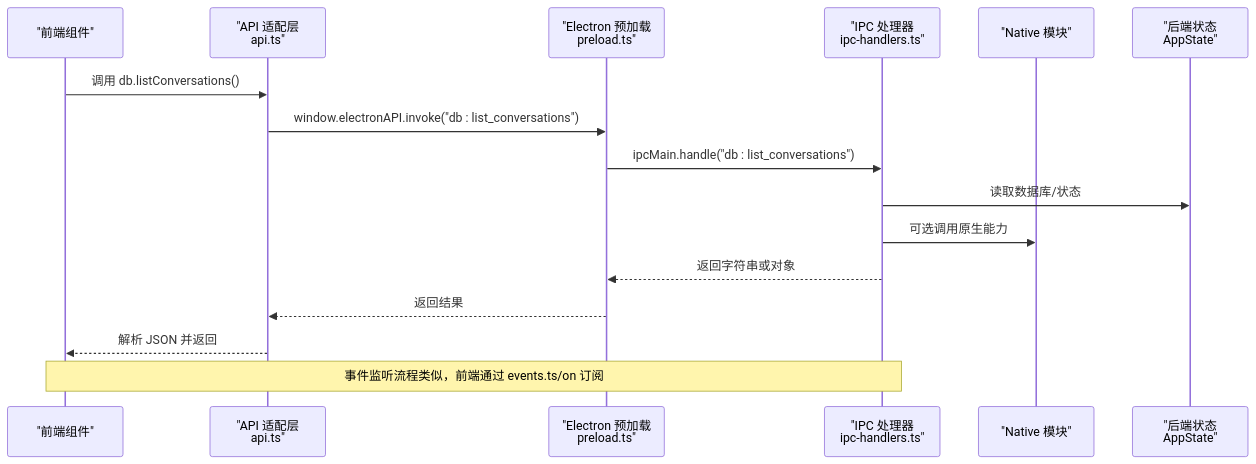
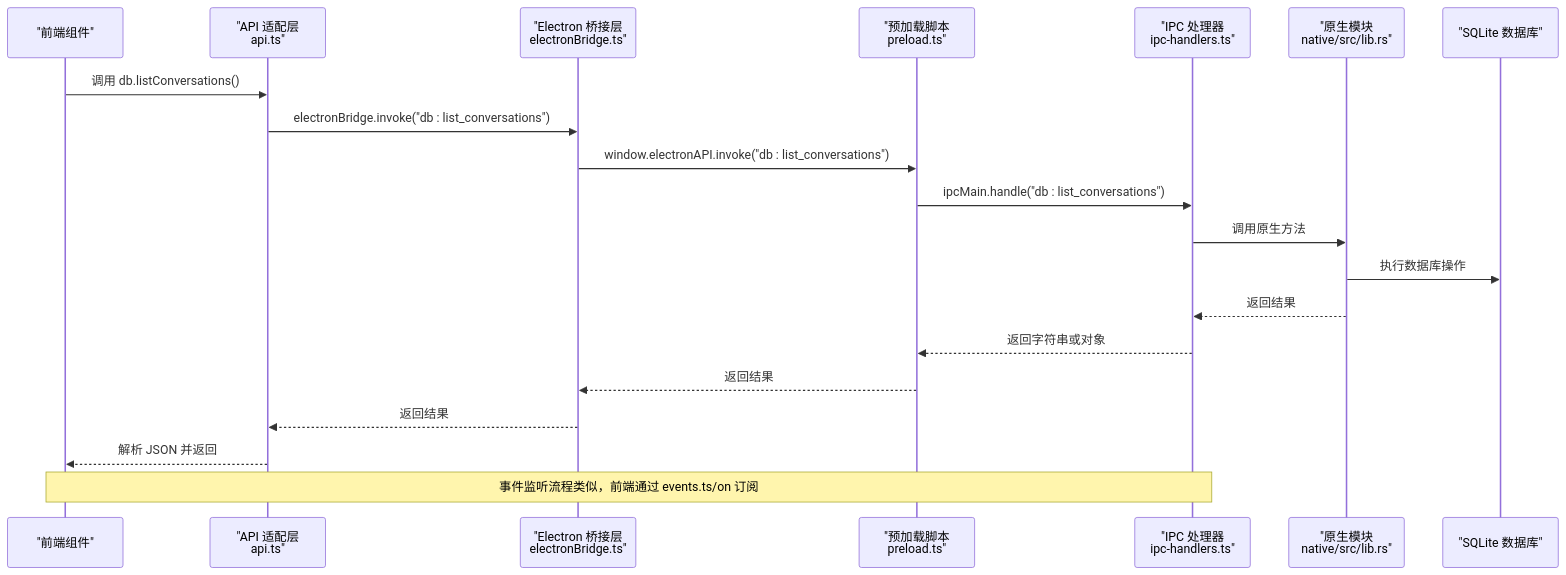
One commit to baike08/cosurf changed the second of 8 diagrams in .qoder/repowiki/zh/content/IPC 通信/Tauri IPC 机制.md. Above: the diagram before and after it, drawn with Mermaid. The commit also changed other lines of this file and 15 other files, not shown here.

````diff
--- a/.qoder/repowiki/zh/content/IPC 通信/Tauri IPC 机制.md
+++ b/.qoder/repowiki/zh/content/IPC 通信/Tauri IPC 机制.md
@@ -113,18 +108,22 @@
 ```mermaid
 sequenceDiagram
 participant FE as "前端组件"
 participant API as "API 适配层<br/>api.ts"
-participant PRE as "Electron 预加载<br/>preload.ts"
+participant EB as "Electron 桥接层<br/>electronBridge.ts"
+participant PRE as "预加载脚本<br/>preload.ts"
 participant HANDLER as "IPC 处理器<br/>ipc-handlers.ts"
-participant NATIVE as "Native 模块"
-participant STATE as "后端状态<br/>AppState"
+participant NATIVE as "原生模块<br/>native/src/lib.rs"
+participant DB as "SQLite 数据库"
 FE->>API : 调用 db.listConversations()
-API->>PRE : window.electronAPI.invoke("db : list_conversations")
+API->>EB : electronBridge.invoke("db : list_conversations")
+EB->>PRE : window.electronAPI.invoke("db : list_conversations")
 PRE->>HANDLER : ipcMain.handle("db : list_conversations")
-HANDLER->>STATE : 读取数据库/状态
-HANDLER->>NATIVE : 可选调用原生能力
+HANDLER->>NATIVE : 调用原生方法
+NATIVE->>DB : 执行数据库操作
+NATIVE-->>HANDLER : 返回结果
 HANDLER-->>PRE : 返回字符串或对象
-PRE-->>API : 返回结果
+PRE-->>EB : 返回结果
+EB-->>API : 返回结果
 API-->>FE : 解析 JSON 并返回
 Note over FE,HANDLER : 事件监听流程类似，前端通过 events.ts/on 订阅
 ```
````
